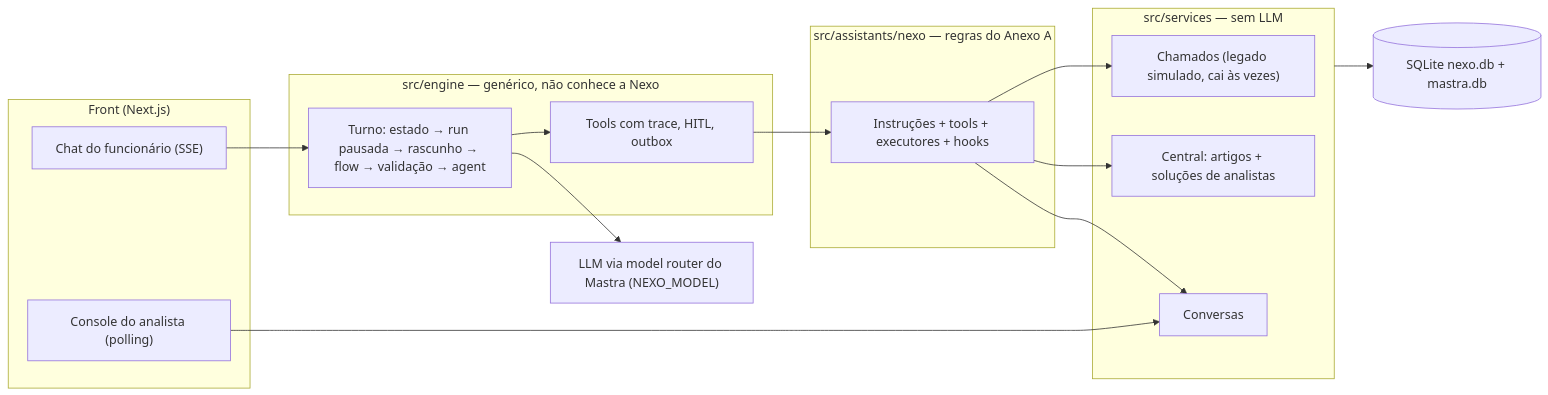
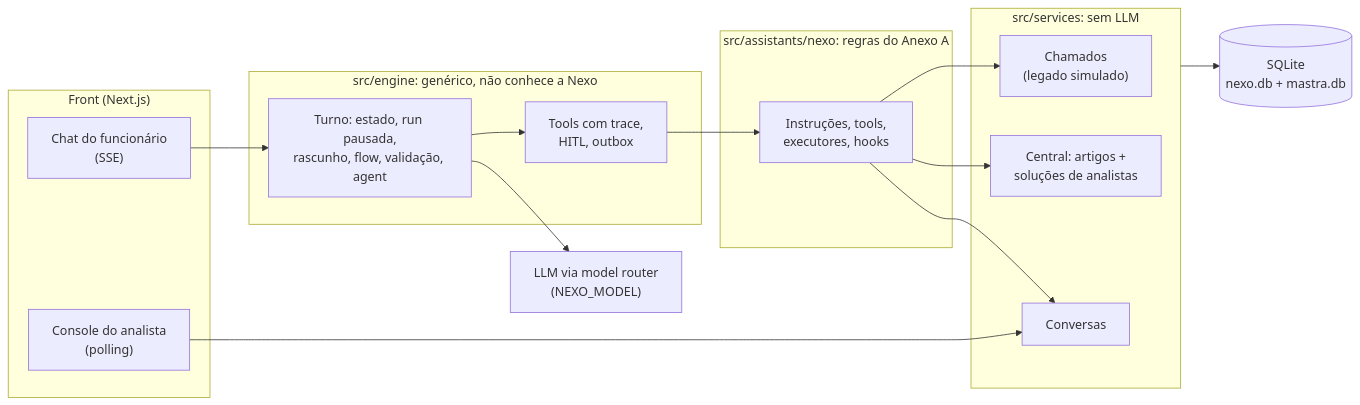
The second of 8 diagrams in README.md (renansko/teste_nexo), drawn with Mermaid before and after one commit. The commit also changed other lines of this file, not shown here.

Commit message:
docs(readme): tabela de logins de teste por papel; rótulos curtos com quebra de linha nos diagramas (texto cortado na renderização)

````diff
--- a/README.md
+++ b/README.md
@@ -31,26 +44,26 @@
 ```mermaid
 graph LR
     subgraph UI["Front (Next.js)"]
-        Chat["Chat do funcionário (SSE)"]
-        Console["Console do analista (polling)"]
+        Chat["Chat do funcionário<br/>(SSE)"]
+        Console["Console do analista<br/>(polling)"]
     end
-    subgraph Engine["src/engine — genérico, não conhece a Nexo"]
-        Turn["Turno: estado → run pausada → rascunho → flow → validação → agent"]
-        Tools["Tools com trace, HITL, outbox"]
+    subgraph Engine["src/engine: genérico, não conhece a Nexo"]
+        Turn["Turno: estado, run pausada,<br/>rascunho, flow, validação, agent"]
+        Tools["Tools com trace,<br/>HITL, outbox"]
     end
-    subgraph Persona["src/assistants/nexo — regras do Anexo A"]
-        Instr["Instruções + tools + executores + hooks"]
+    subgraph Persona["src/assistants/nexo: regras do Anexo A"]
+        Instr["Instruções, tools,<br/>executores, hooks"]
     end
-    subgraph Services["src/services — sem LLM"]
-        Tickets["Chamados (legado simulado, cai às vezes)"]
-        Help["Central: artigos + soluções de analistas"]
+    subgraph Services["src/services: sem LLM"]
+        Tickets["Chamados<br/>(legado simulado)"]
+        Help["Central: artigos +<br/>soluções de analistas"]
         Conv["Conversas"]
     end
-    LLM["LLM via model router do Mastra (NEXO_MODEL)"]
+    LLM["LLM via model router<br/>(NEXO_MODEL)"]
     Chat --> Turn
     Console --> Conv
     Turn --> Tools --> Instr
     Turn --> LLM
     Instr --> Tickets & Help & Conv
-    Services --> DB[("SQLite nexo.db + mastra.db")]
+    Services --> DB[("SQLite<br/>nexo.db + mastra.db")]
 ```
````
